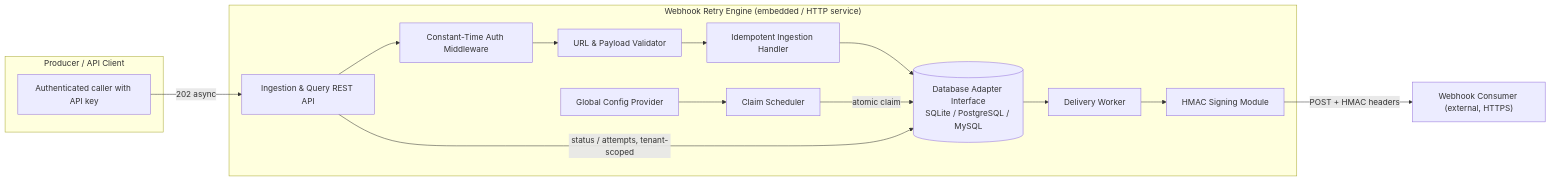
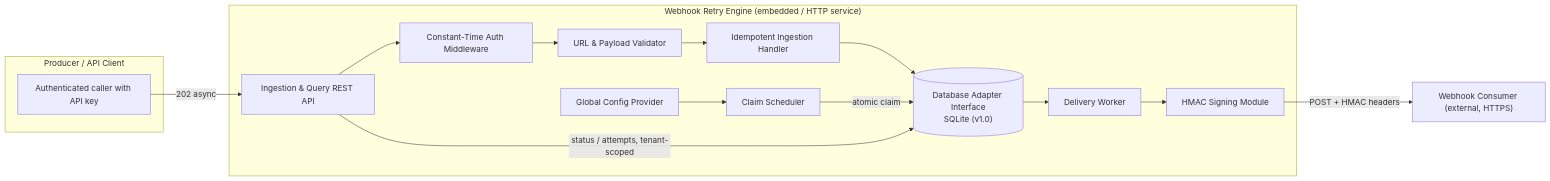
The first of 3 diagrams in docs/02-architecture/SDD.md (hamidjavadi/webhook-delivery-engine), drawn with Mermaid before and after one commit. The commit also changed other lines of this file and 23 other files, not shown here.

Commit message:
feat(storage): defer PostgreSQL and MySQL support to v2.0

````diff
--- a/docs/02-architecture/SDD.md
+++ b/docs/02-architecture/SDD.md
@@ -52,24 +52,24 @@
 ```mermaid
 flowchart LR
     subgraph Client["Producer / API Client"]
         P[Authenticated caller with API key]
     end
     subgraph Engine["Webhook Retry Engine (embedded / HTTP service)"]
         API[Ingestion & Query REST API]
         AUTH[Constant-Time Auth Middleware]
         SSRF[URL & Payload Validator]
         ING[Idempotent Ingestion Handler]
         CFG[Global Config Provider]
         SCHED[Claim Scheduler]
         WORK[Delivery Worker]
         SIGN[HMAC Signing Module]
-        DB[("Database Adapter Interface\nSQLite / PostgreSQL / MySQL")]
+        DB[("Database Adapter Interface\nSQLite (v1.0)")]
     end
     Consumer["Webhook Consumer (external, HTTPS)"]
 
     P -->|202 async| API --> AUTH --> SSRF --> ING --> DB
     CFG --> SCHED
     SCHED -->|atomic claim| DB --> WORK
     WORK --> SIGN -->|POST + HMAC headers| Consumer
     API -->|status / attempts, tenant-scoped| DB
 ```
````
